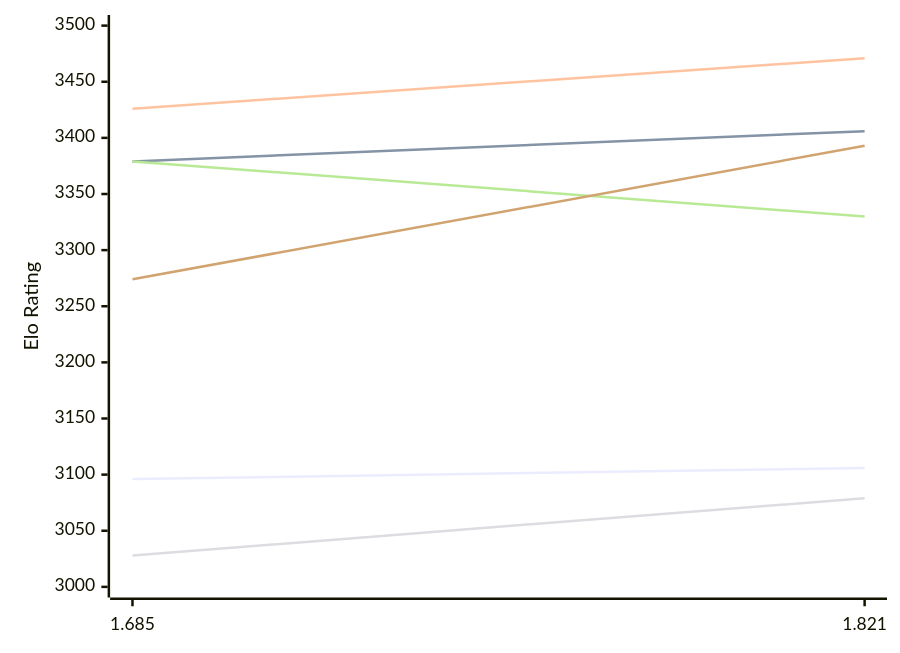
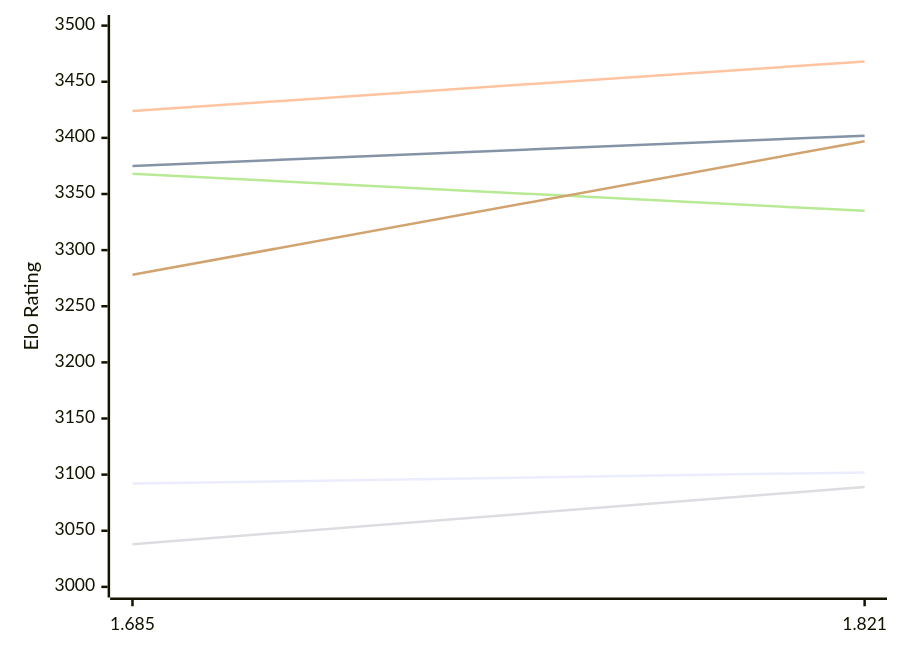
Before and after one commit to computer-chess-index/cci: the first of 2 diagrams in engines/Malika.md, drawn with Mermaid. The commit also changed other lines of this file, not shown here.

Commit message:
Update CCI Ratings (ELO VLTC) - 2026-11-21

````diff
--- a/engines/Malika.md
+++ b/engines/Malika.md
@@ -54,12 +54,12 @@
 ```mermaid
 %%{init: {"theme":"base","themeVariables":{"seriesColors:['#a3a3a3','#222221','#faa371']}}}%%
 xychart-beta
   x-axis ["1.685", "1.821"]
   y-axis "Elo Rating" 3000 --> 3500
-  line "E1: STC (8.0+0.08s)" [3096, 3106]
-  line "E1: LTC (60.0+0.60s)" [3379, 3406]
-  line "E1: VLTC (2m24s+1.12s)" [3426, 3471]
-  line "P1: STC (8.0+0.08s)" [3028, 3079]
-  line "P1: LTC (60.0+0.60s)" [3379, 3330]
-  line "P1: VLTC (2m24s+1.12s)" [3274, 3393]
+  line "E1: STC (8.0+0.08s)" [3092, 3102]
+  line "E1: LTC (60.0+0.60s)" [3375, 3402]
+  line "E1: VLTC (2m24s+1.12s)" [3424, 3468]
+  line "P1: STC (8.0+0.08s)" [3038, 3089]
+  line "P1: LTC (60.0+0.60s)" [3368, 3335]
+  line "P1: VLTC (2m24s+1.12s)" [3278, 3397]
 ```
````
